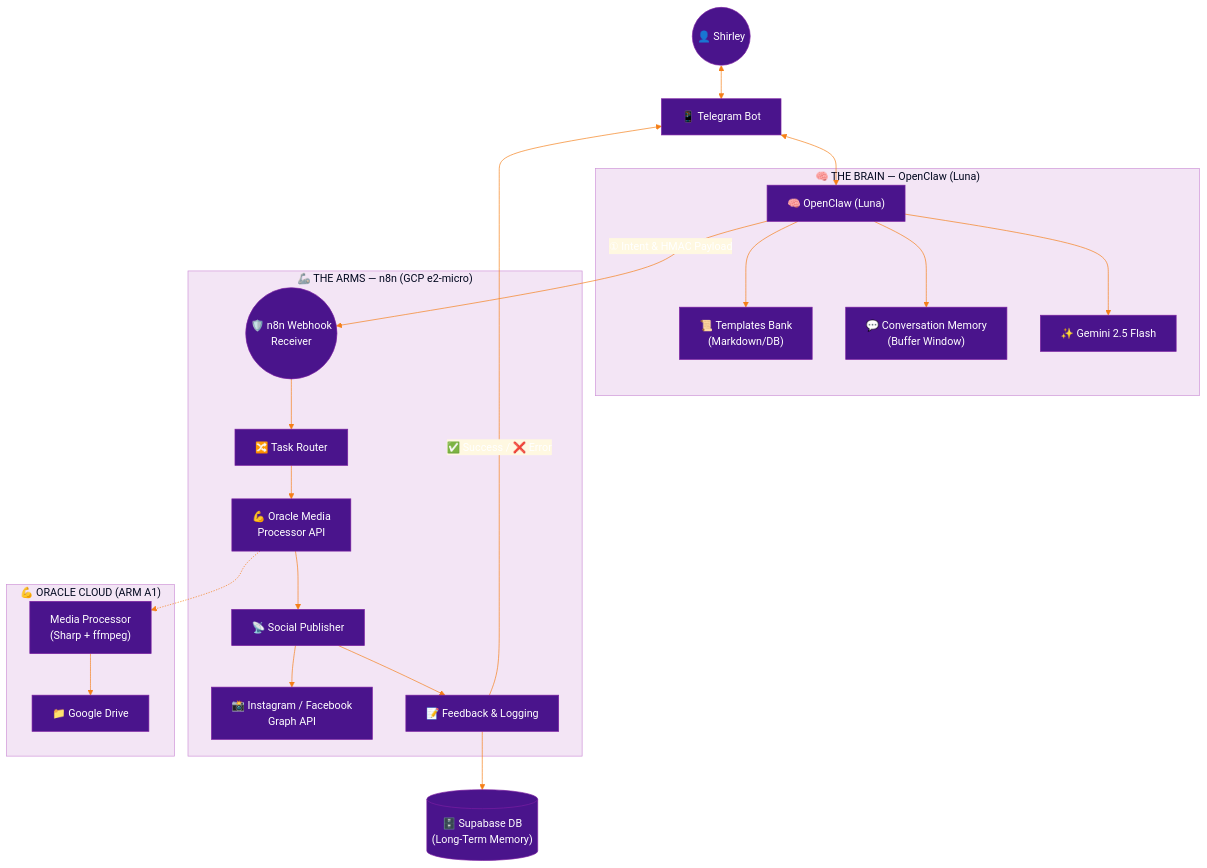
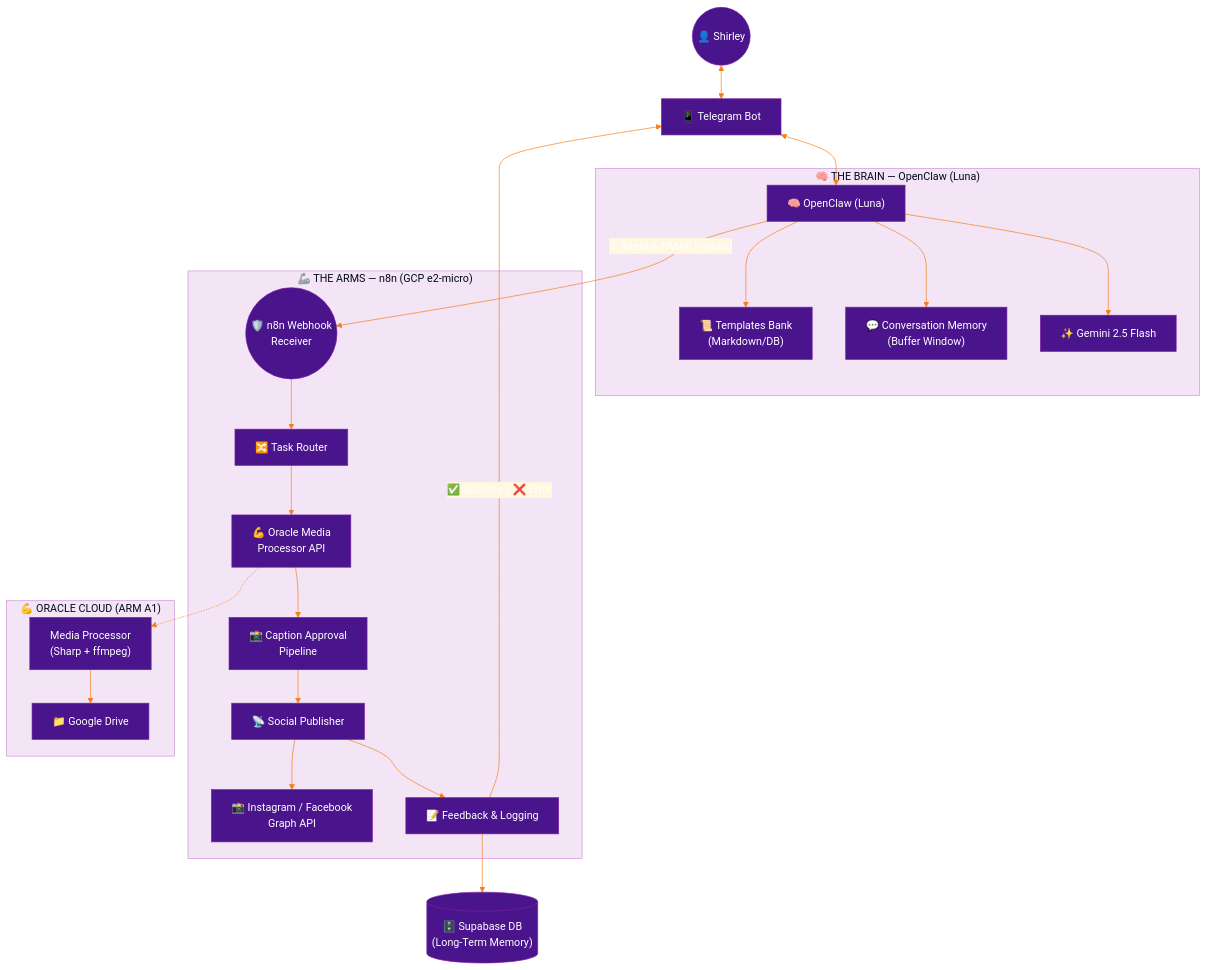
One commit to aleocampodev/LobsterMarketing changed the first of 3 diagrams in specs/architecture.md. Above: the diagram before and after it, drawn with Mermaid. The commit also changed other lines of this file and 12 other files, not shown here.

````diff
--- a/specs/architecture.md
+++ b/specs/architecture.md
@@ -72,45 +75,46 @@
 ```mermaid
 %%{init: {'theme': 'base', 'themeVariables': {
   'primaryColor': '#4A148C',
   'primaryTextColor': '#fff',
   'primaryBorderColor': '#7B1FA2',
   'lineColor': '#F57F17',
   'secondaryColor': '#FFD54F',
   'tertiaryColor': '#FFF8E1',
   'mainBkg': '#4A148C',
   'nodeBorder': '#7B1FA2',
   'clusterBkg': '#F3E5F5',
   'clusterBorder': '#CE93D8',
   'edgeLabelBackground': '#FFF8E1'
 }}}%%
 graph TD
     User(("👤 Shirley")) <--> Telegram["📱 Telegram Bot"]
     Telegram <--> Brain["🧠 OpenClaw (Luna)"]
 
     subgraph BrainSub["🧠 THE BRAIN — OpenClaw (Luna)"]
         Brain --> Templates["📜 Templates Bank<br/>(Markdown/DB)"]
         Brain --> Memory["💬 Conversation Memory<br/>(Buffer Window)"]
         Brain --> LLM["✨ Gemini 2.5 Flash"]
     end
 
     Brain -- "① Intent & HMAC Payload" --> Webhook(("🛡️ n8n Webhook<br/>Receiver"))
 
     subgraph ArmsSub["🦾 THE ARMS — n8n (GCP e2-micro)"]
         Webhook --> Router["🔀 Task Router"]
         Router --> Oracle["💪 Oracle Media<br/>Processor API"]
-        Oracle --> SPW["📡 Social Publisher"]
+        Oracle --> Approval["📸 Caption Approval<br/>Pipeline"]
+        Approval --> SPW["📡 Social Publisher"]
         SPW --> Meta["📸 Instagram / Facebook<br/>Graph API"]
         SPW --> FLW["📝 Feedback & Logging"]
     end
 
     subgraph OracleSub["💪 ORACLE CLOUD (ARM A1)"]
         OracleAPI["Media Processor<br/>(Sharp + ffmpeg)"]
         OracleDrive["📁 Google Drive"]
     end
 
     Oracle -.-> OracleAPI
     OracleAPI --> OracleDrive
 
     FLW --> Supabase[("🗄️ Supabase DB<br/>(Long-Term Memory)")]
     FLW -- "✅ Success / ❌ Error" --> Telegram
 ```
````
